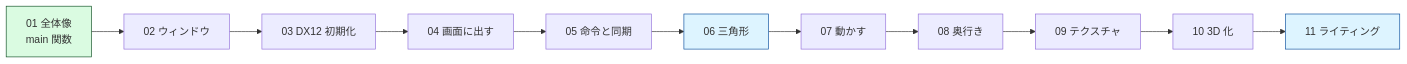
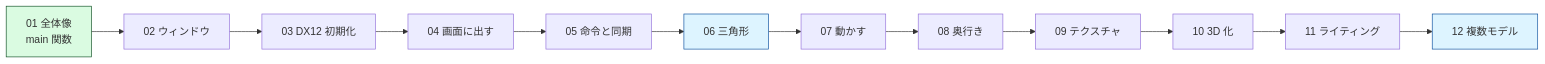
The diagram in docs/tutorial/README.md (Tomonorarari-Think/DirectX12Dev), drawn with Mermaid before and after one commit. The commit also changed other lines of this file and 24 other files, not shown here.

````diff
--- a/docs/tutorial/README.md
+++ b/docs/tutorial/README.md
@@ -35,17 +36,18 @@
 ```mermaid
 flowchart LR
     A["01 全体像<br/>main 関数"] --> B["02 ウィンドウ"]
     B --> C["03 DX12 初期化"]
     C --> D["04 画面に出す"]
     D --> E["05 命令と同期"]
     E --> F["06 三角形"]
     F --> G["07 動かす"]
     G --> H["08 奥行き"]
     H --> I["09 テクスチャ"]
     I --> J["10 3D 化"]
     J --> K["11 ライティング"]
+    K --> L["12 複数モデル"]
 
     style A fill:#dafbe1,stroke:#0d4f21
     style F fill:#ddf4ff,stroke:#0a4f9e
-    style K fill:#ddf4ff,stroke:#0a4f9e
+    style L fill:#ddf4ff,stroke:#0a4f9e
 ```
````
